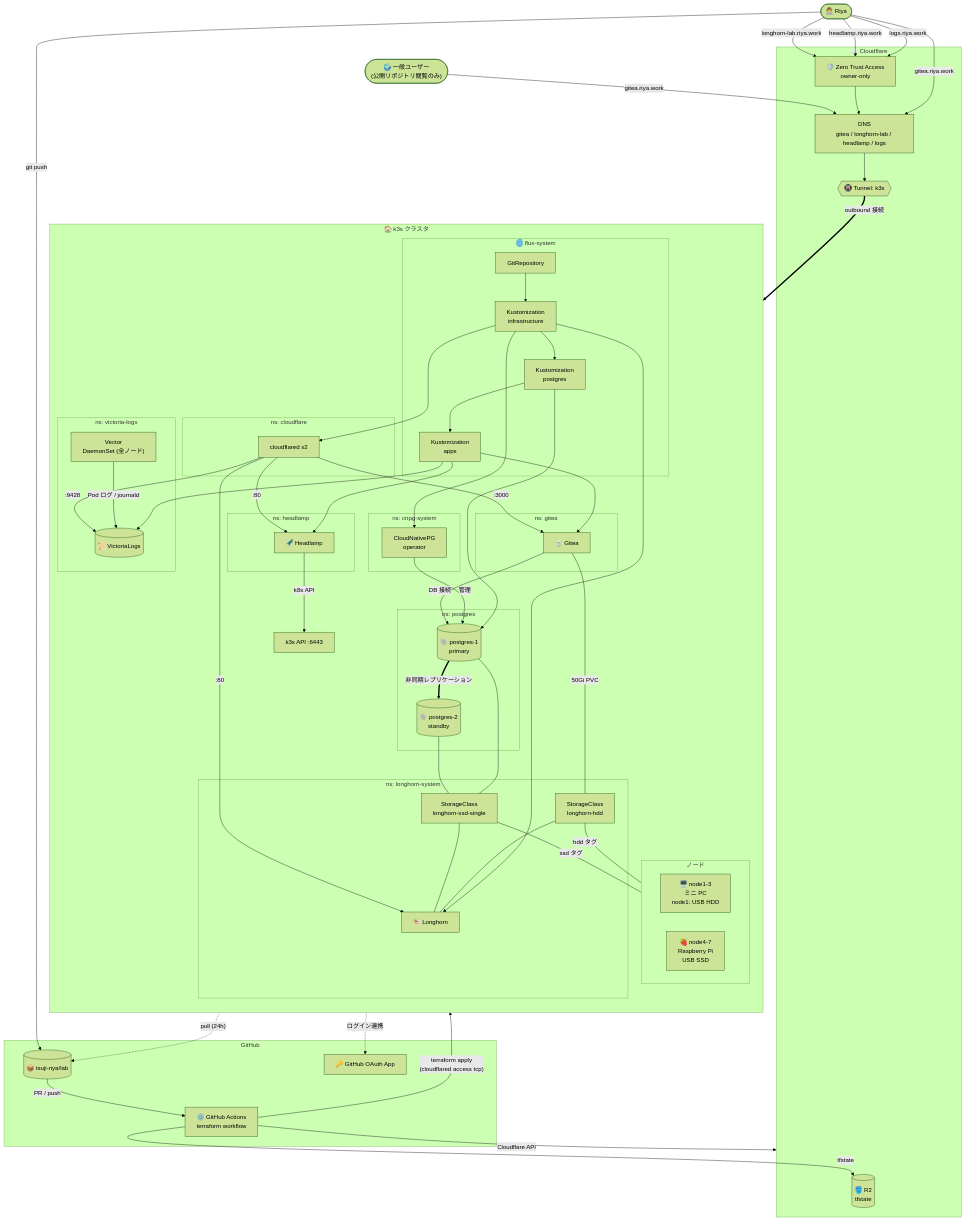
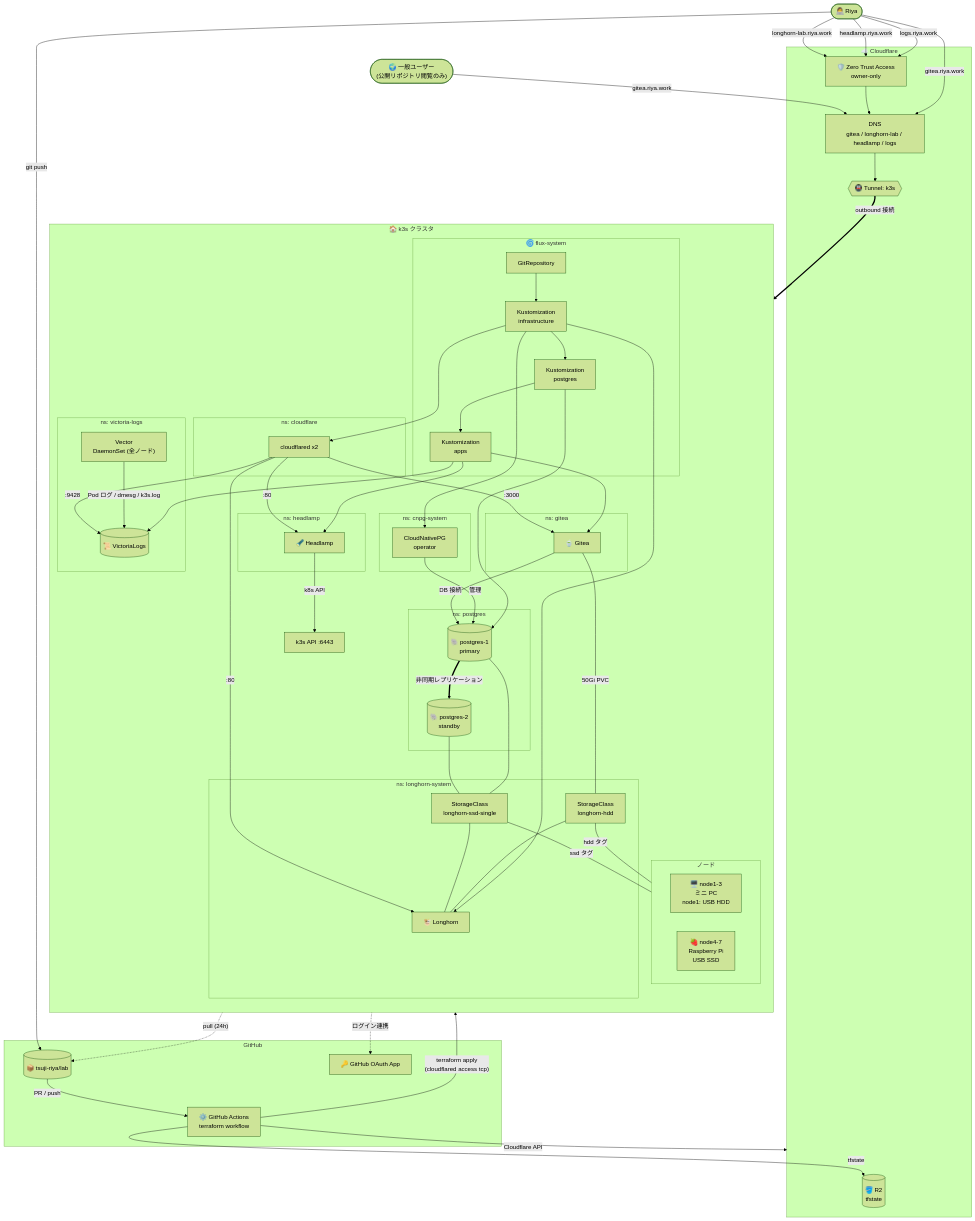
One commit to tsuji-riya/lab changed the first of 3 diagrams in README.md. Above: the diagram before and after it, drawn with Mermaid (forest theme). The commit also changed other lines of this file and 1 other file, not shown here.

First line of the commit message:
Alpine (OpenRC) 向けに dmesg と k3s のログを直接読む

```diff
--- a/README.md
+++ b/README.md
@@ -108,7 +108,7 @@
     ks_apps --> gitea
     ks_apps --> headlamp
     ks_apps --> vlogs
-    vector -- "Pod ログ / journald" --> vlogs
+    vector -- "Pod ログ / dmesg / k3s.log" --> vlogs
 
     cnpg -- "管理" --> pgp
     pgp == "非同期レプリケーション" ==> pgs
```
